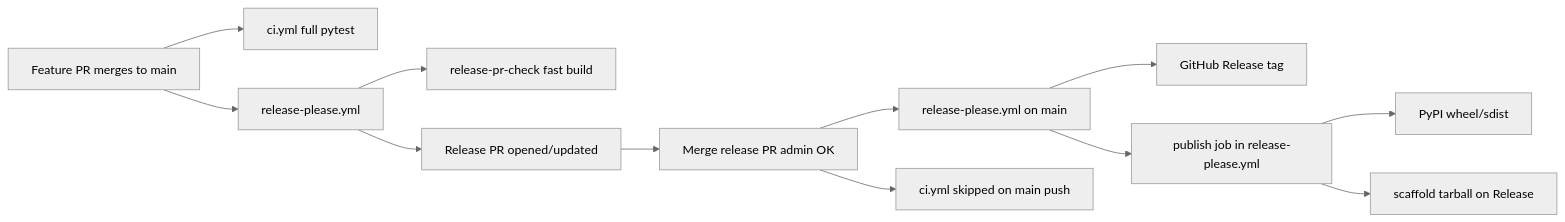
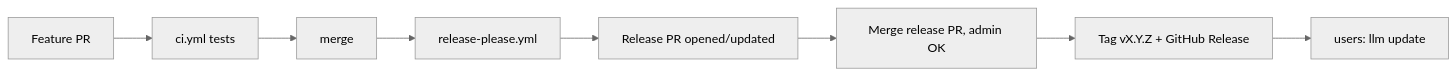
Before and after one commit to mtopcu1/loco-llm: the diagram in docs/RELEASE_SETUP.md, drawn with Mermaid (neutral theme). The commit also changed other lines of this file and 10 other files, not shown here.

Commit message:
docs: document git-clone install and tag-based update flow

````diff
--- a/docs/RELEASE_SETUP.md
+++ b/docs/RELEASE_SETUP.md
@@ -80,14 +27,9 @@
 ```mermaid
 flowchart LR
-  feat[Feature PR merges to main] --> ci[ci.yml full pytest]
-  feat --> rp[release-please.yml]
-  rp --> rpc[release-pr-check fast build]
+  pr[Feature PR] --> ci[ci.yml tests] --> merge
+  merge --> rp[release-please.yml]
   rp --> relpr[Release PR opened/updated]
-  relpr --> mergeRP[Merge release PR admin OK]
-  mergeRP --> rp2[release-please.yml on main]
-  rp2 --> rel[GitHub Release tag]
-  rp2 --> pub[publish job in release-please.yml]
-  pub --> pypi[PyPI wheel/sdist]
-  pub --> assets[scaffold tarball on Release]
-  mergeRP --> skip[ci.yml skipped on main push]
+  relpr --> mergerel[Merge release PR, admin OK]
+  mergerel --> tag[Tag vX.Y.Z + GitHub Release]
+  tag --> users[users: llm update]
 ```
````
